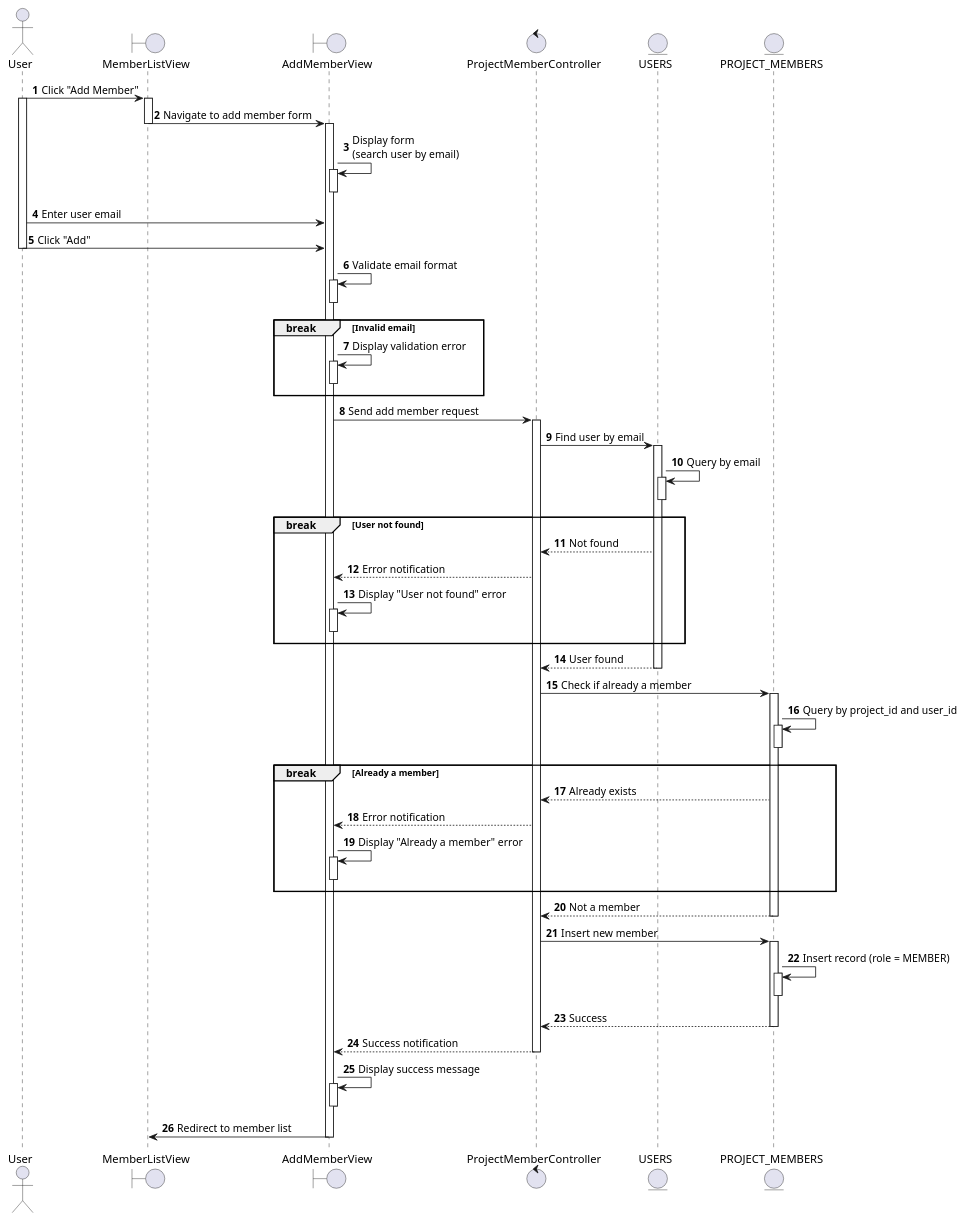
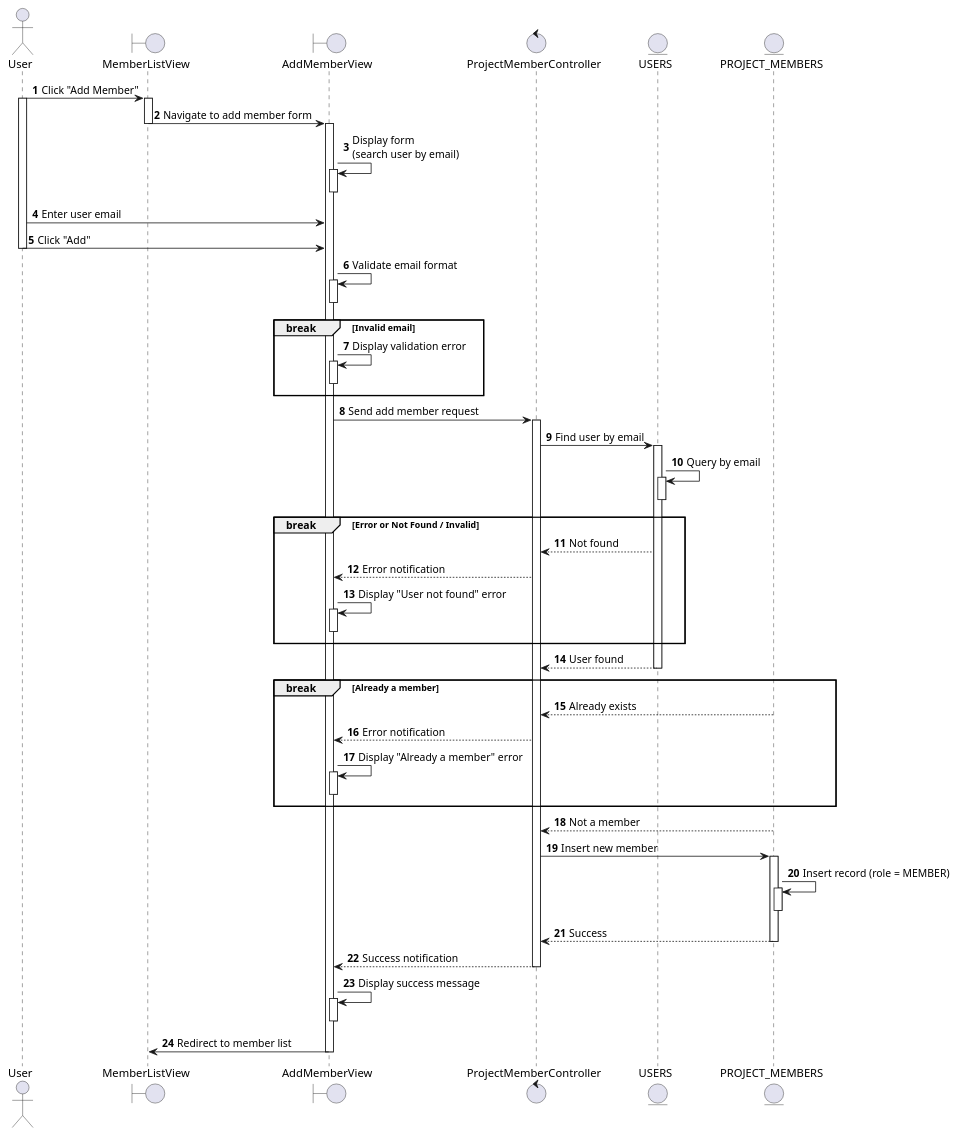
Before and after one commit to taskpilot-platform/taskpilot-platform.github.io: the diagram in docs/docs/sequence/project-members/add-member-to-project.md, drawn with PlantUML. The commit also changed 65 other files, not shown here.

Commit message:
docs: Add new sequence diagrams for various platform functionalities including project, task, sprint, user, and AI assistant management.

```diff
--- a/docs/docs/sequence/project-members/add-member-to-project.md
+++ b/docs/docs/sequence/project-members/add-member-to-project.md
@@ -42,7 +42,7 @@
 activate US
 deactivate US
 
-break User not found
+break Error or Not Found / Invalid
   PMC <-- US: Not found
   AMV <-- PMC: Error notification
   AMV -> AMV: Display "User not found" error
@@ -52,12 +52,6 @@
 
 PMC <-- US: User found
 deactivate US
-
-PMC -> PM: Check if already a member
-activate PM
-PM -> PM: Query by project_id and user_id
-activate PM
-deactivate PM
 
 break Already a member
   PMC <-- PM: Already exists
```
